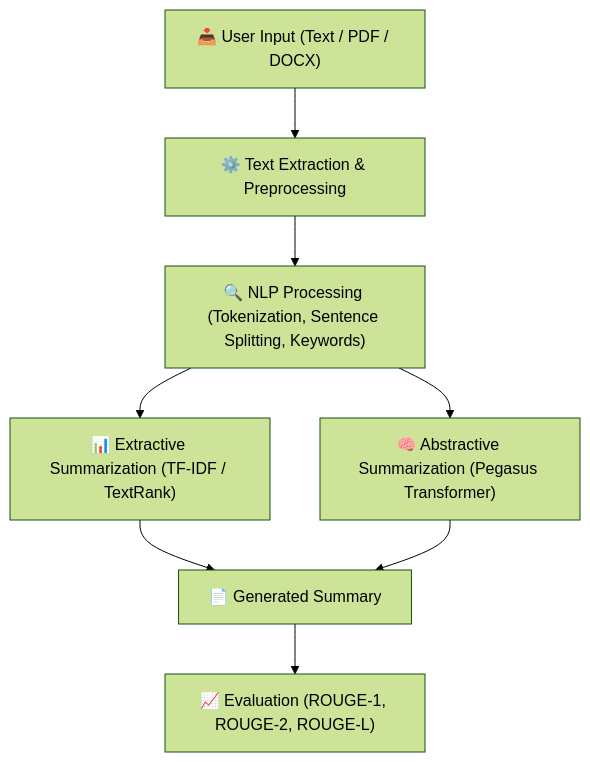
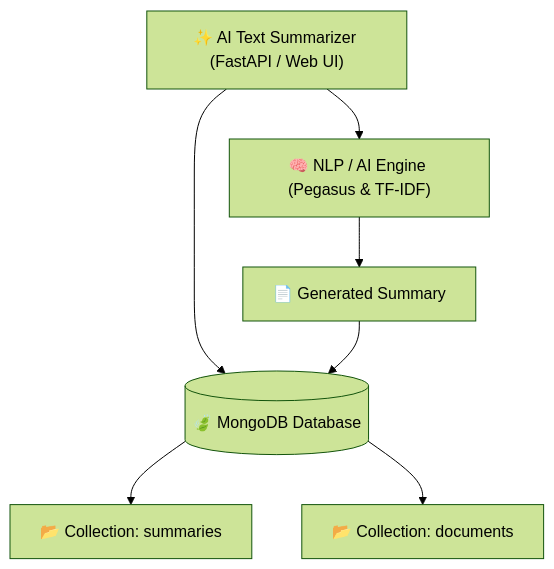
One commit to Abhijeet0848/LexiBrief changed the diagram in README.md. Above: the diagram before and after it, drawn with Mermaid (forest theme). The commit also changed other lines of this file and 5 other files, not shown here.

Commit message:
Configure MongoDB authentication support for user gautamabhijeet050_db_user and dual collections

````diff
--- a/README.md
+++ b/README.md
@@ -79,10 +52,10 @@
 ```mermaid
 flowchart TD
-    UI["📥 User Input (Text / PDF / DOCX)"] --> EXT["⚙️ Text Extraction & Preprocessing"]
-    EXT --> NLP["🔍 NLP Processing (Tokenization, Sentence Splitting, Keywords)"]
-    NLP --> EXTRACTIVE["📊 Extractive Summarization (TF-IDF / TextRank)"]
-    NLP --> ABSTRACTIVE["🧠 Abstractive Summarization (Pegasus Transformer)"]
-    EXTRACTIVE --> GEN["📄 Generated Summary"]
-    ABSTRACTIVE --> GEN
-    GEN --> EVAL["📈 Evaluation (ROUGE-1, ROUGE-2, ROUGE-L)"]
+    APP["✨ AI Text Summarizer (FastAPI / Web UI)"]
+    APP --> NLP["🧠 NLP / AI Engine (Pegasus & TF-IDF)"]
+    APP --> DB[("🍃 MongoDB Database")]
+    NLP --> OUT["📄 Generated Summary"]
+    OUT --> DB
+    DB --> COL1["📂 Collection: summaries"]
+    DB --> COL2["📂 Collection: documents"]
 ```
````
